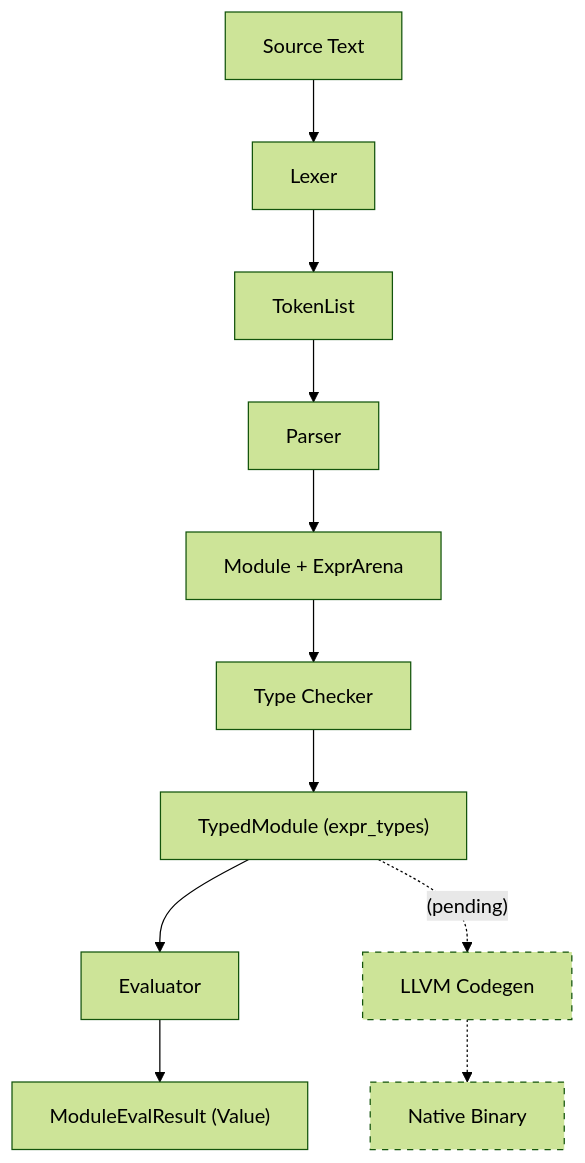
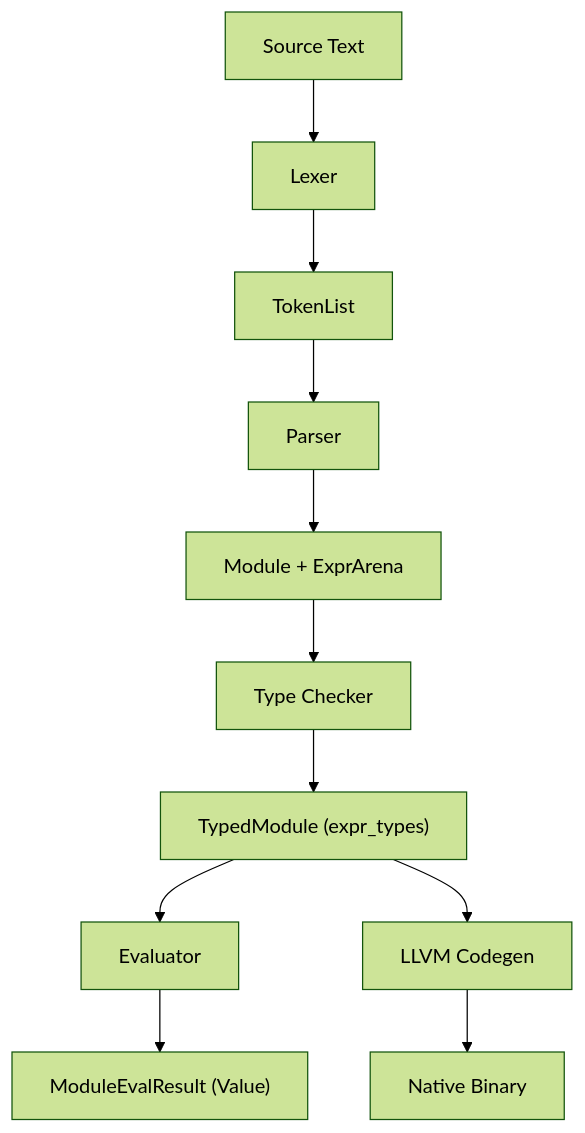
The first of 2 diagrams in docs/compiler/design/01-architecture/data-flow.md (upstat-io/ori-lang), drawn with Mermaid (forest theme) before and after one commit. The commit also changed other lines of this file and 93 other files, not shown here.

````diff
--- a/docs/compiler/design/01-architecture/data-flow.md
+++ b/docs/compiler/design/01-architecture/data-flow.md
@@ -14,15 +14,13 @@
 ```mermaid
 flowchart TB
     A["Source Text"] --> B["Lexer"]
     B --> C["TokenList"]
     C --> D["Parser"]
     D --> E["Module + ExprArena"]
     E --> F["Type Checker"]
     F --> G["TypedModule (expr_types)"]
     G --> H["Evaluator"]
     H --> I["ModuleEvalResult (Value)"]
-    G -.->|"(pending)"| J["LLVM Codegen"]
-    J -.-> K["Native Binary"]
-    style J stroke-dasharray: 5 5
-    style K stroke-dasharray: 5 5
+    G --> J["LLVM Codegen"]
+    J --> K["Native Binary"]
 ```
````
